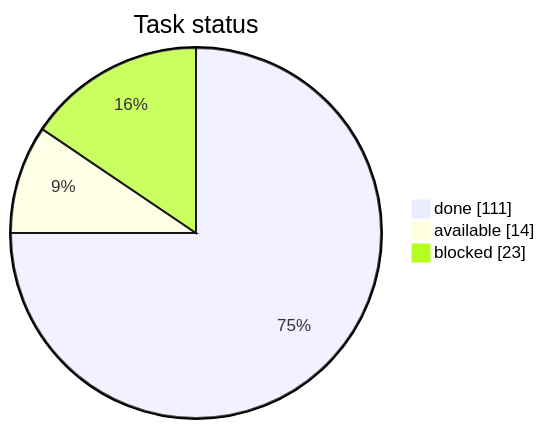
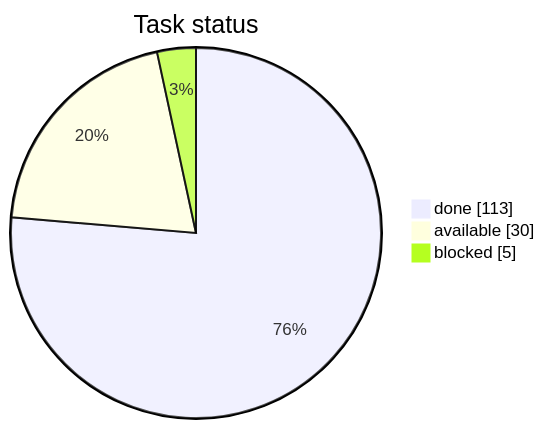
Before and after one commit to artemiiShabanov/RallyRivals: the first of 3 diagrams in STATUS.md, drawn with Mermaid. The commit also changed other lines of this file and 11 other files, not shown here.

````diff
--- a/STATUS.md
+++ b/STATUS.md
@@ -7,7 +7,7 @@
 ```mermaid
 pie showData
     title Task status
-    "done" : 111
-    "available" : 14
-    "blocked" : 23
+    "done" : 113
+    "available" : 30
+    "blocked" : 5
 ```
````
